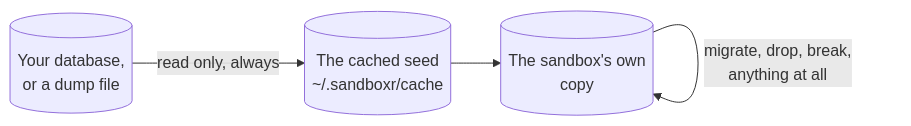
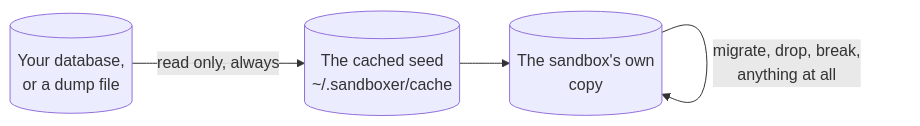
Before and after one commit to mattmoran56/sandboxer-core: the diagram in docs/guides/testing-a-migration.md, drawn with Mermaid. The commit also changed other lines of this file and 215 other files, not shown here.

````diff
--- a/docs/guides/testing-a-migration.md
+++ b/docs/guides/testing-a-migration.md
@@ -25,9 +25,9 @@
 ```mermaid
 flowchart LR
   src[("Your database,<br/>or a dump file")]
-  cache[("The cached seed<br/>~/.sandboxr/cache")]
+  cache[("The cached seed<br/>~/.sandboxer/cache")]
   sbx[("The sandbox's own<br/>copy")]
   src -->|"read only, always"| cache
   cache --> sbx
   sbx -->|"migrate, drop, break,<br/>anything at all"| sbx
 ```
````
